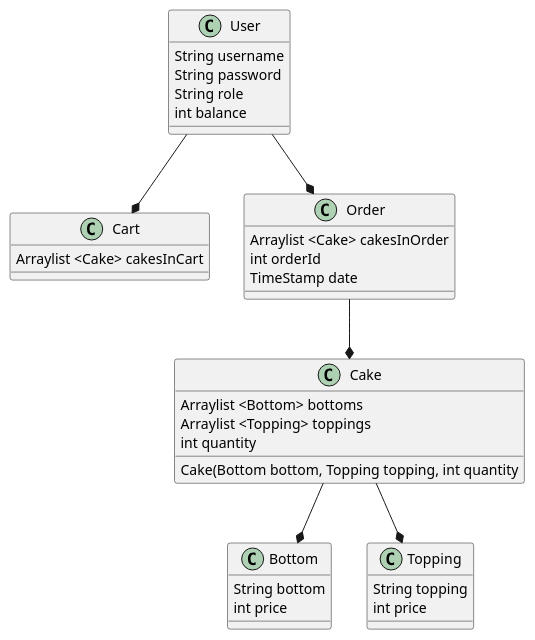
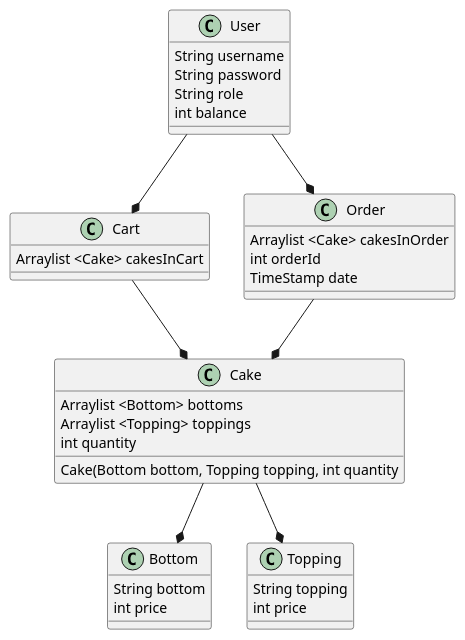
One commit to Berry1196/cupcake changed the diagram in documentation/Diagrams/Class Diagram.puml. Above: the diagram before and after it, drawn with PlantUML.

Commit message:
adds composition to class diagram

```diff
--- a/documentation/Diagrams/Class Diagram.puml
+++ b/documentation/Diagrams/Class Diagram.puml
@@ -1,46 +1,47 @@
 @startuml
 'https://plantuml.com/class-diagram
 
 class User {
 String username
 String password
 String role
 int balance
 }
 
 class Cart{
 Arraylist <Cake> cakesInCart
 }
 
 class Order {
 Arraylist <Cake> cakesInOrder
 int orderId
 TimeStamp date
 }
 
 class Cake{
 Arraylist <Bottom> bottoms
 Arraylist <Topping> toppings
 int quantity
 Cake(Bottom bottom, Topping topping, int quantity
 }
 
 class Bottom{
 String bottom
 int price
 }
 
 class Topping{
 String topping
 int price
 }
 
 User --* Cart
 User --* Order
 Order --* Cake
+Cart --* Cake
 Cake --* Bottom
 Cake --* Topping
 
 
 
 @enduml
```
